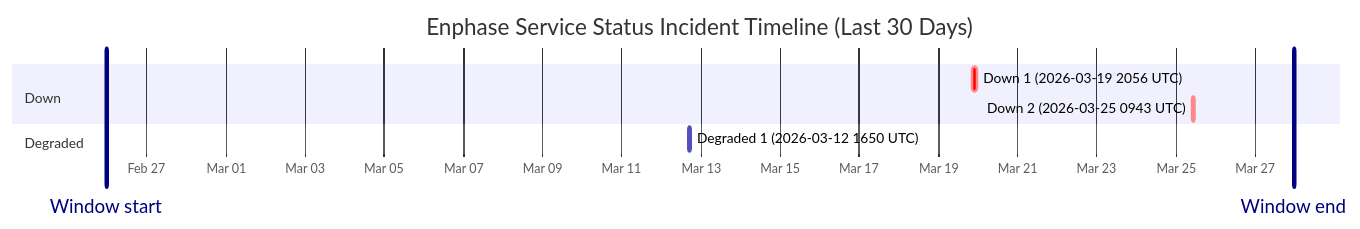
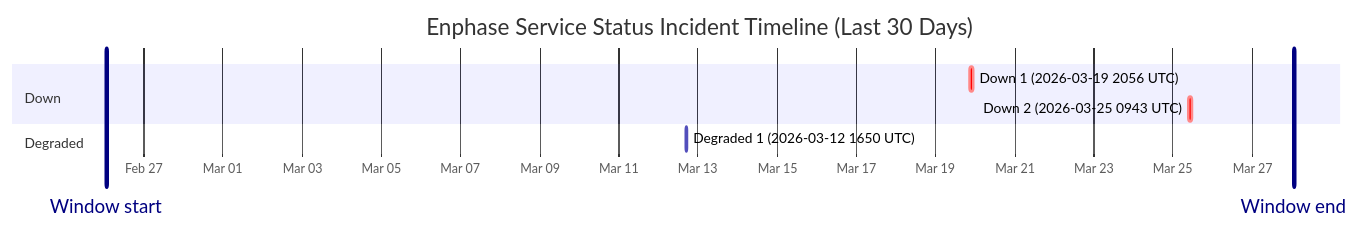
The diagram in wiki/Service-Status-History.md (barneyonline/ha-enphase-ev-charger), drawn with Mermaid before and after one commit. The commit also changed other lines of this file and 3 other files, not shown here.

````diff
--- a/wiki/Service-Status-History.md
+++ b/wiki/Service-Status-History.md
@@ -14,13 +14,13 @@
 ```mermaid
 gantt
     title Enphase Service Status Incident Timeline (Last 30 Days)
     dateFormat  YYYY-MM-DDTHH:mm:ss
     axisFormat  %b %d
-    Window start :vert, window-start, 2026-02-25T23:23:17, 0ms
-    Window end :vert, window-end, 2026-03-27T23:23:17, 0ms
+    Window start :vert, window-start, 2026-02-26T01:17:30, 0ms
+    Window end :vert, window-end, 2026-03-28T01:17:30, 0ms
     section Down
     Down 1 (2026-03-19 2056 UTC) :crit, down-1, 2026-03-19T20:56:20, 145m
     Down 2 (2026-03-25 0943 UTC) :crit, down-2, 2026-03-25T09:43:28, 111m
     section Degraded
     Degraded 1 (2026-03-12 1650 UTC) :active, degraded-1, 2026-03-12T16:50:43, 60m
 ```
````
